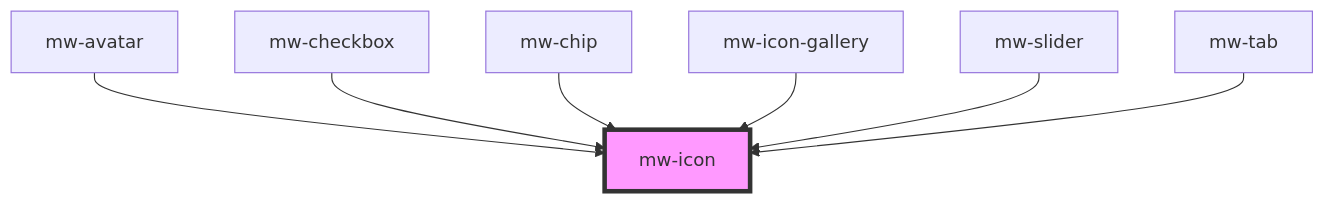
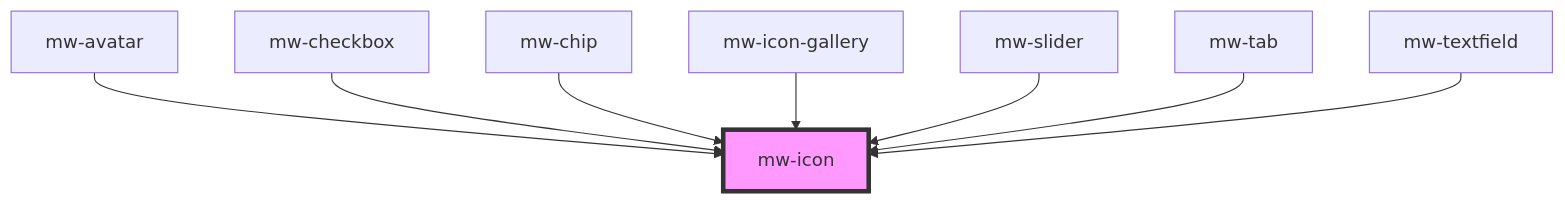
The diagram in mwui-stencil/src/components/mw-icon/readme.md (MaibornWolff/mwui), drawn with Mermaid before and after one commit. The commit also changed other lines of this file and 112 other files, not shown here.

````diff
--- a/mwui-stencil/src/components/mw-icon/readme.md
+++ b/mwui-stencil/src/components/mw-icon/readme.md
@@ -28,10 +29,11 @@
 ```mermaid
 graph TD;
   mw-avatar --> mw-icon
   mw-checkbox --> mw-icon
   mw-chip --> mw-icon
   mw-icon-gallery --> mw-icon
   mw-slider --> mw-icon
   mw-tab --> mw-icon
+  mw-textfield --> mw-icon
   style mw-icon fill:#f9f,stroke:#333,stroke-width:4px
 ```
````
